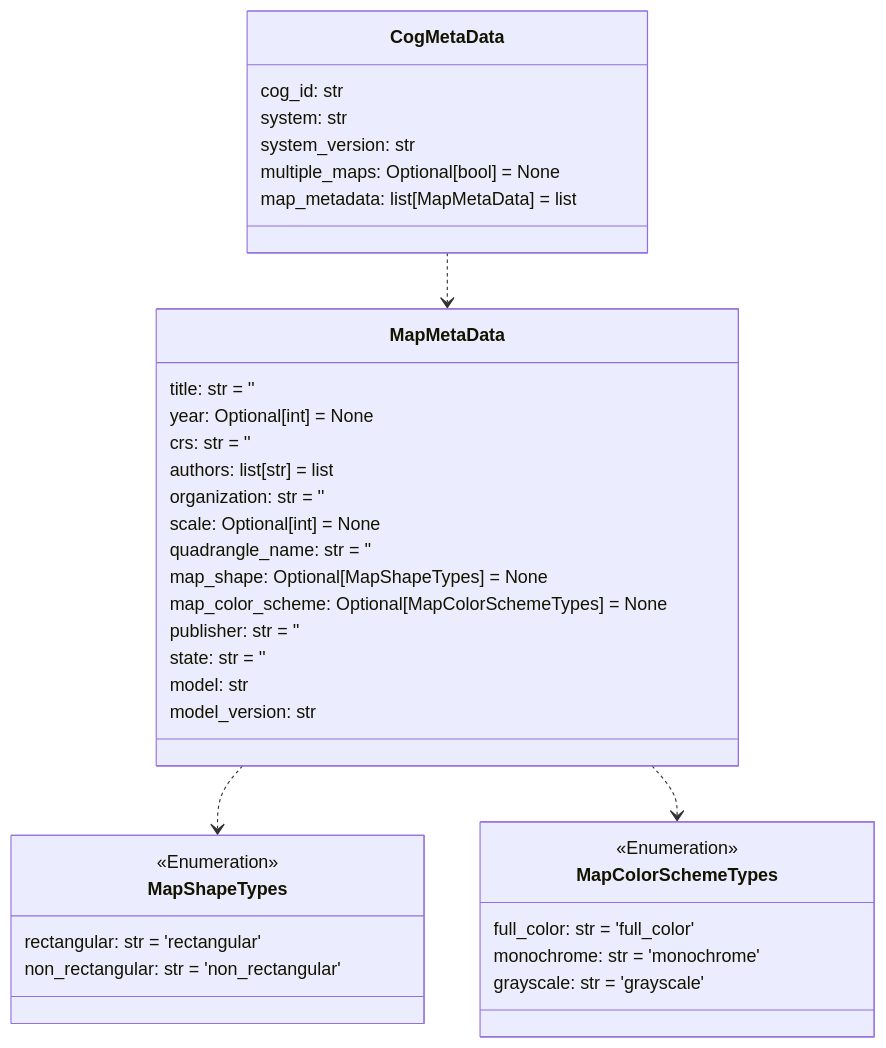
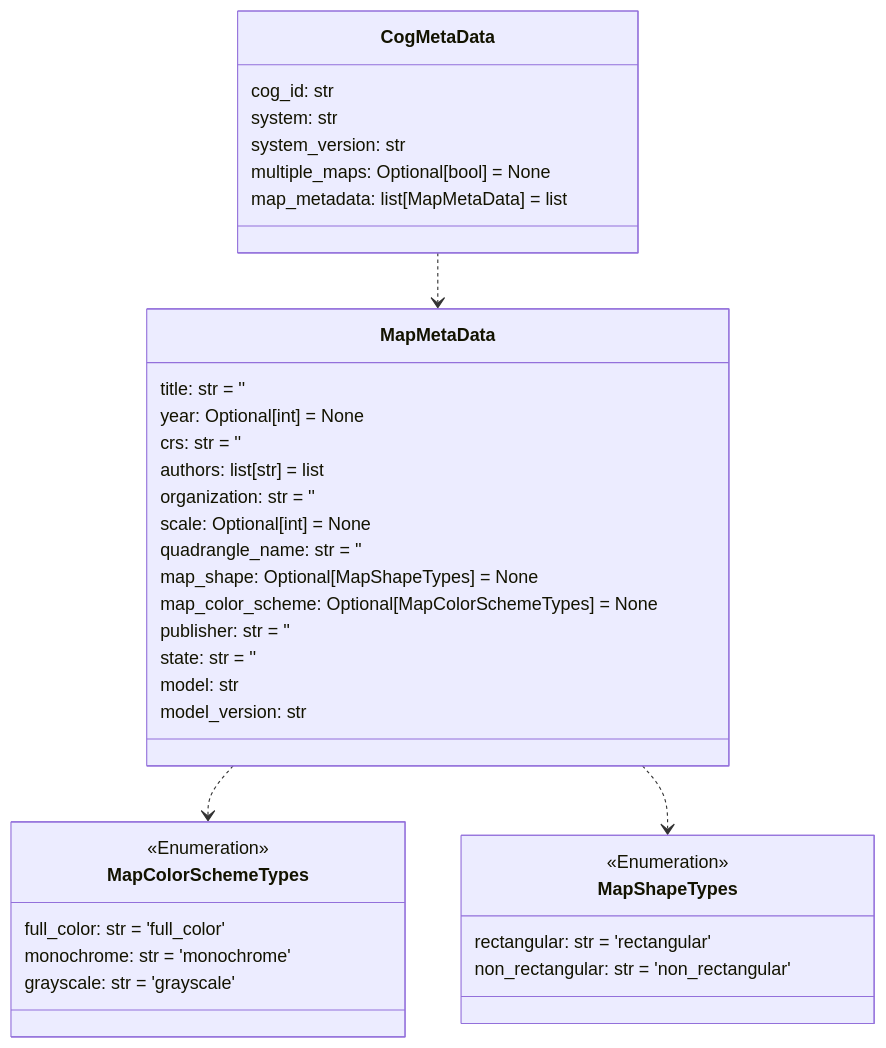
One commit to DARPA-CRITICALMAAS/cdr_schemas changed the third of 14 diagrams in README.md. Above: the diagram before and after it, drawn with Mermaid. The commit also changed other lines of this file and 1 other file, not shown here.

````diff
--- a/README.md
+++ b/README.md
@@ -204,46 +204,46 @@
 ```mermaid
 classDiagram
+
+    class MapColorSchemeTypes {
+        <<Enumeration>>
+        full_color: str = 'full_color'
+        monochrome: str = 'monochrome'
+        grayscale: str = 'grayscale'
+    }
+
+    class MapShapeTypes {
+        <<Enumeration>>
+        rectangular: str = 'rectangular'
+        non_rectangular: str = 'non_rectangular'
+    }
+
+    class CogMetaData {
+        cog_id: str
+        system: str
+        system_version: str
+        multiple_maps: Optional[bool] = None
+        map_metadata: list[MapMetaData] = list
+    }
 
     class MapMetaData {
         title: str = ''
         year: Optional[int] = None
         crs: str = ''
         authors: list[str] = list
         organization: str = ''
         scale: Optional[int] = None
         quadrangle_name: str = ''
         map_shape: Optional[MapShapeTypes] = None
         map_color_scheme: Optional[MapColorSchemeTypes] = None
         publisher: str = ''
         state: str = ''
         model: str
         model_version: str
     }
 
-    class MapShapeTypes {
-        <<Enumeration>>
-        rectangular: str = 'rectangular'
-        non_rectangular: str = 'non_rectangular'
-    }
-
-    class MapColorSchemeTypes {
-        <<Enumeration>>
-        full_color: str = 'full_color'
-        monochrome: str = 'monochrome'
-        grayscale: str = 'grayscale'
-    }
-
-    class CogMetaData {
-        cog_id: str
-        system: str
-        system_version: str
-        multiple_maps: Optional[bool] = None
-        map_metadata: list[MapMetaData] = list
-    }
-
+    MapMetaData ..> MapColorSchemeTypes
     MapMetaData ..> MapShapeTypes
-    MapMetaData ..> MapColorSchemeTypes
     CogMetaData ..> MapMetaData
 
 
 ```
````
